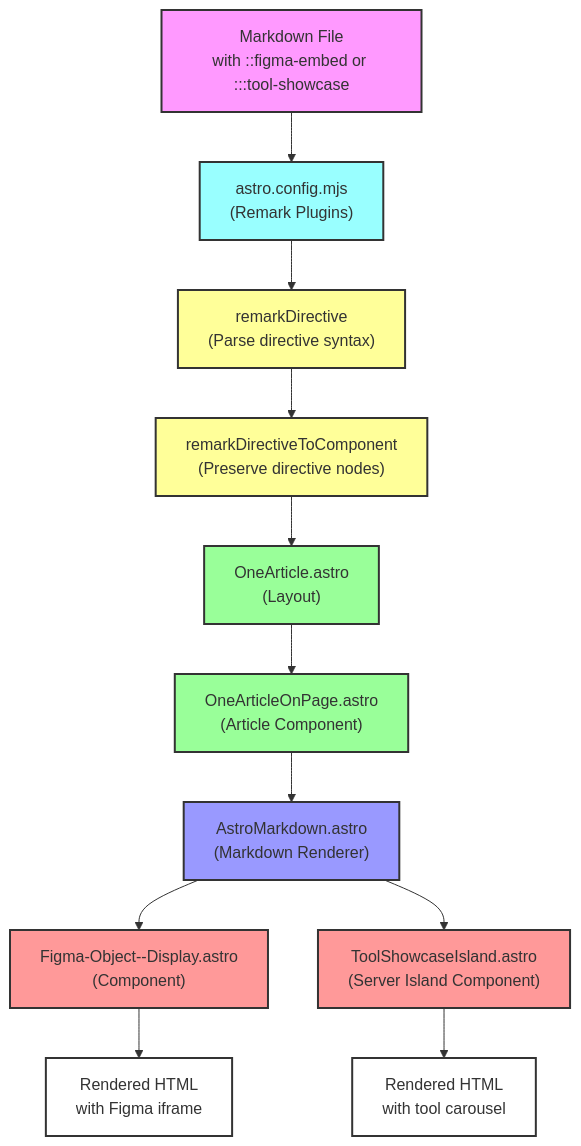
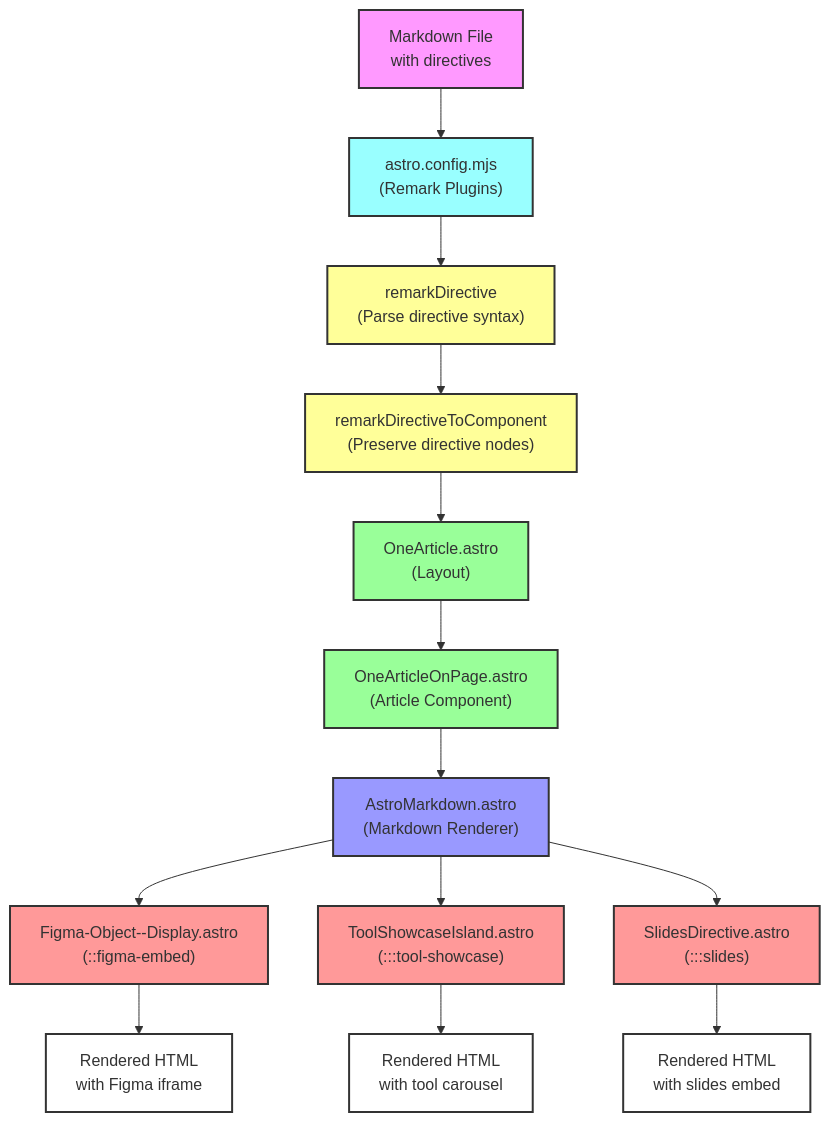
Before and after one commit to lossless-group/lossless-content: the first of 2 diagrams in lost-in-public/blueprints/Maintain-Directives-in-Extended-Markdown-Render-Pipeline.md, drawn with Mermaid. The commit also changed other lines of this file and 1 other file, not shown here.

Commit message:
update(docs): update blueprint on slides directive

````diff
--- a/lost-in-public/blueprints/Maintain-Directives-in-Extended-Markdown-Render-Pipeline.md
+++ b/lost-in-public/blueprints/Maintain-Directives-in-Extended-Markdown-Render-Pipeline.md
@@ -27,25 +27,29 @@
 ```mermaid
 graph TB
-    MD["Markdown File<br/>with ::figma-embed or :::tool-showcase"] --> AC["astro.config.mjs<br/>(Remark Plugins)"]
+    MD["Markdown File<br/>with directives"] --> AC["astro.config.mjs<br/>(Remark Plugins)"]
     AC --> RP1["remarkDirective<br/>(Parse directive syntax)"]
     RP1 --> RP2["remarkDirectiveToComponent<br/>(Preserve directive nodes)"]
     RP2 --> OA["OneArticle.astro<br/>(Layout)"]
     OA --> OAOP["OneArticleOnPage.astro<br/>(Article Component)"]
     OAOP --> AM["AstroMarkdown.astro<br/>(Markdown Renderer)"]
-    AM --> FO["Figma-Object--Display.astro<br/>(Component)"]
-    AM --> TS["ToolShowcaseIsland.astro<br/>(Server Island Component)"]
+    AM --> FO["Figma-Object--Display.astro<br/>(::figma-embed)"]
+    AM --> TS["ToolShowcaseIsland.astro<br/>(:::tool-showcase)"]
+    AM --> SD["SlidesDirective.astro<br/>(:::slides)"]
     FO --> HTML1["Rendered HTML<br/>with Figma iframe"]
     TS --> HTML2["Rendered HTML<br/>with tool carousel"]
+    SD --> HTML3["Rendered HTML<br/>with slides embed"]
     
     style MD fill:#f9f,stroke:#333,stroke-width:2px
     style AC fill:#9ff,stroke:#333,stroke-width:2px
     style RP1 fill:#ff9,stroke:#333,stroke-width:2px
     style RP2 fill:#ff9,stroke:#333,stroke-width:2px
     style OA fill:#9f9,stroke:#333,stroke-width:2px
     style OAOP fill:#9f9,stroke:#333,stroke-width:2px
     style AM fill:#99f,stroke:#333,stroke-width:2px
     style FO fill:#f99,stroke:#333,stroke-width:2px
     style TS fill:#f99,stroke:#333,stroke-width:2px
+    style SD fill:#f99,stroke:#333,stroke-width:2px
     style HTML1 fill:#fff,stroke:#333,stroke-width:2px
     style HTML2 fill:#fff,stroke:#333,stroke-width:2px
+    style HTML3 fill:#fff,stroke:#333,stroke-width:2px
 ```
````
